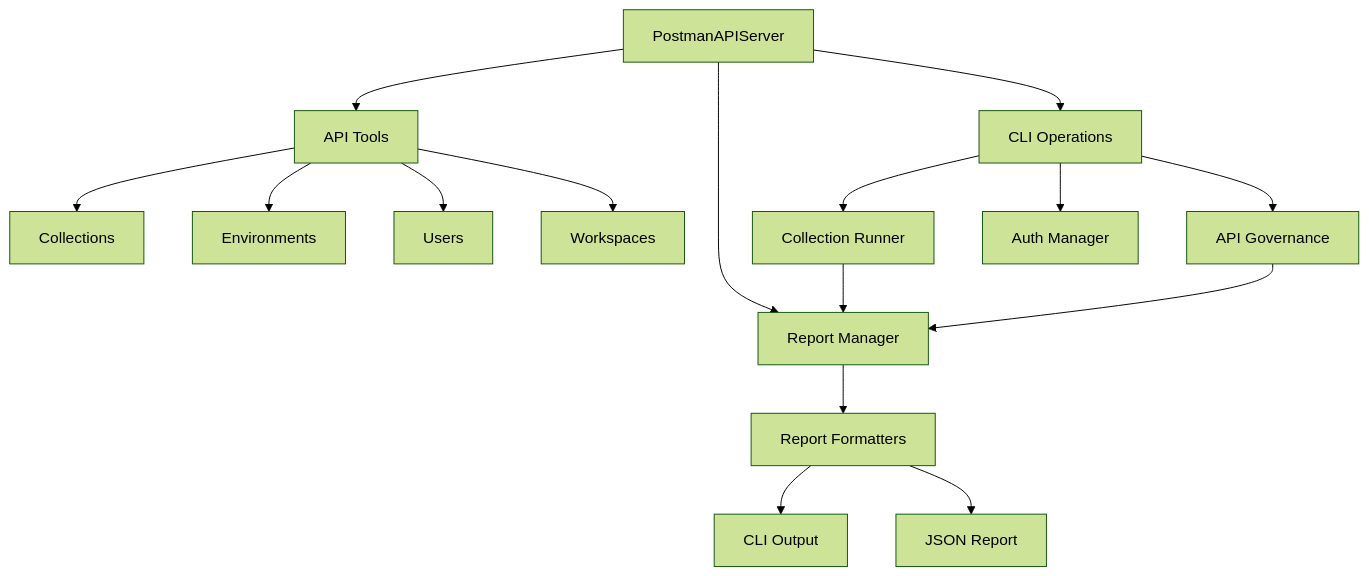
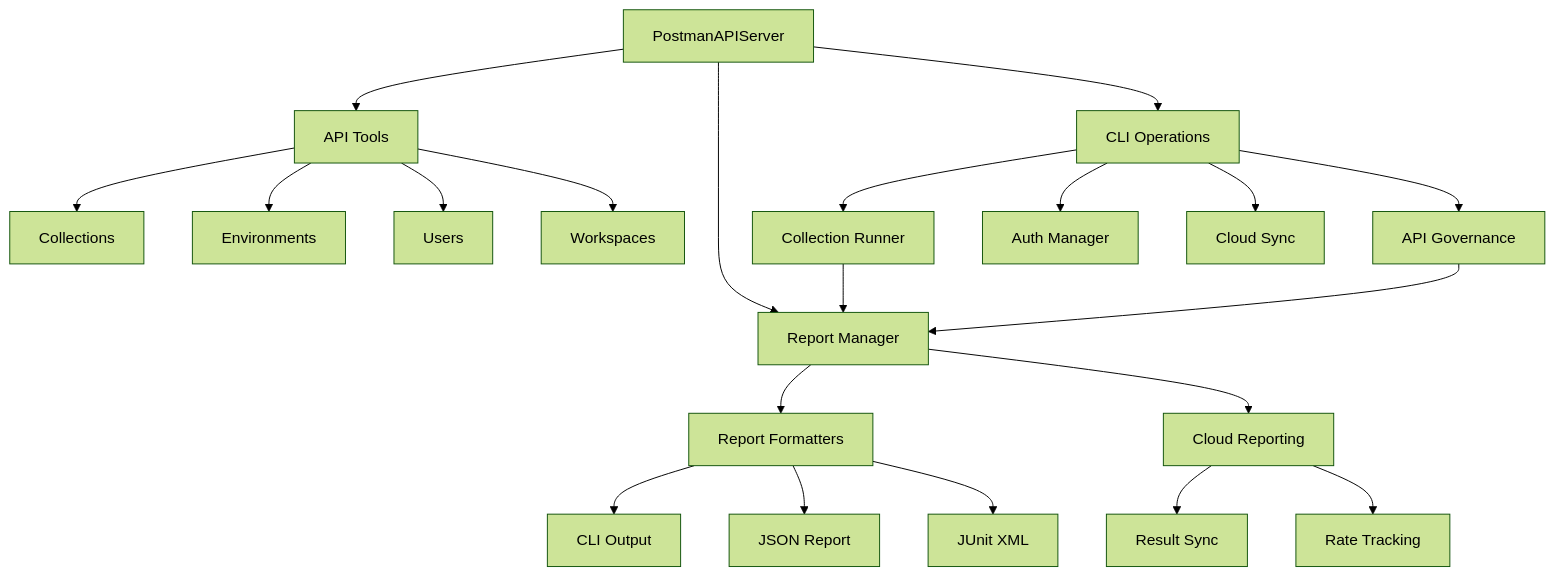
The diagram in docs/dev/postman-cli-design-doc.md (yukihito-jokyu/postman-mcp-server), drawn with Mermaid (forest theme) before and after one commit. The commit also changed other lines of this file, not shown here.

First line of the commit message:
CLI design review #2

````diff
--- a/docs/dev/postman-cli-design-doc.md
+++ b/docs/dev/postman-cli-design-doc.md
@@ -53,22 +57,28 @@
 ```mermaid
 graph TD
     A[PostmanAPIServer] --> B[API Tools]
     A --> C[CLI Operations]
     A --> D[Report Manager]
 
     B --> E[Collections]
     B --> F[Environments]
     B --> G[Users]
     B --> H[Workspaces]
 
     C --> I[Collection Runner]
     C --> J[API Governance]
     C --> K[Auth Manager]
+    C --> L[Cloud Sync]
 
     I --> D
     J --> D
+    D --> M[Report Formatters]
+    D --> N[Cloud Reporting]
 
-    D --> L[Report Formatters]
-    L --> M[CLI Output]
-    L --> N[JSON Report]
+    M --> O[CLI Output]
+    M --> P[JSON Report]
+    M --> Q[JUnit XML]
+
+    N --> R[Result Sync]
+    N --> S[Rate Tracking]
 ```
````
